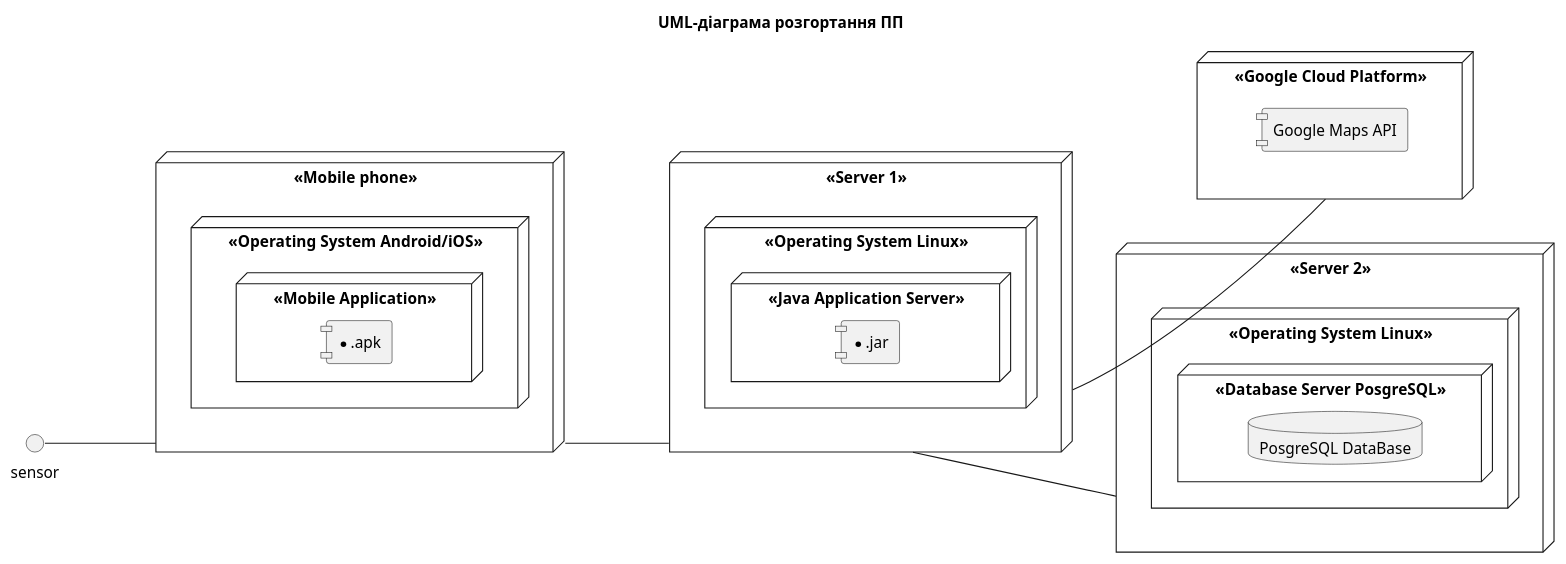
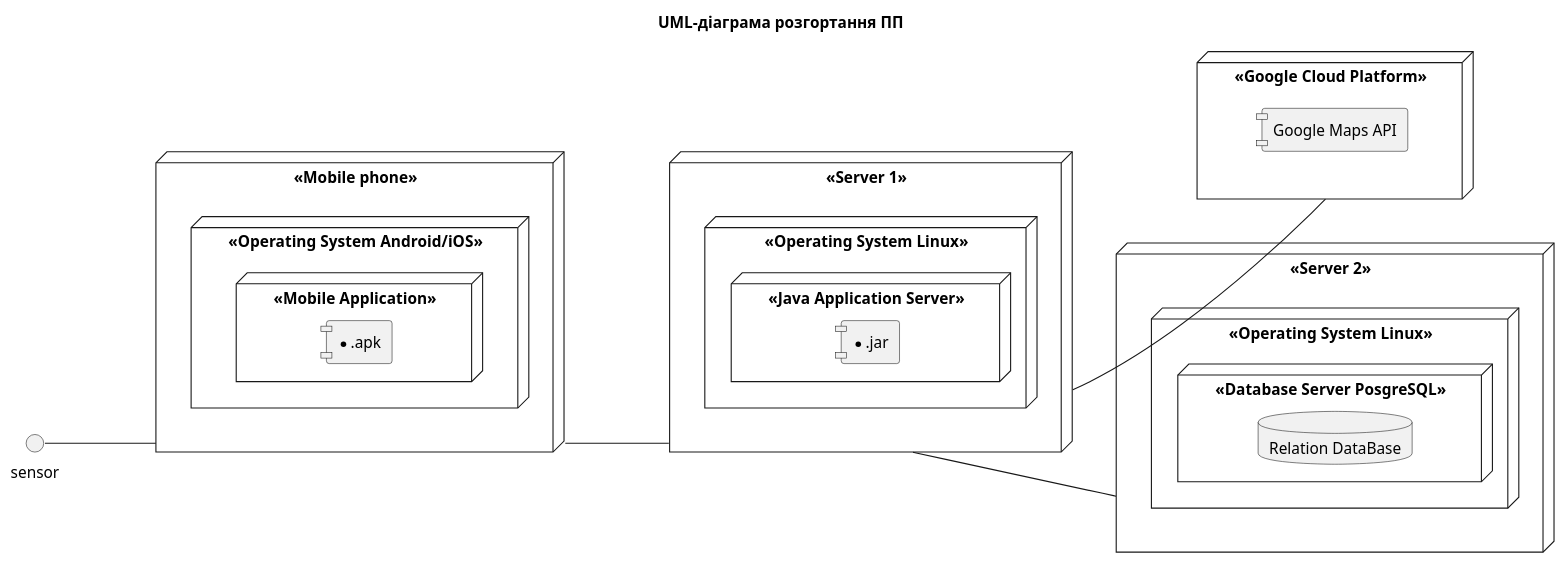
One commit to OS-IS/ai201-sirenko changed the diagram in Laboratory-work-2/UML-Deployment.puml. Above: the diagram before and after it, drawn with PlantUML.

Commit message:
Update deployment view

```diff
--- a/Laboratory-work-2/UML-Deployment.puml
+++ b/Laboratory-work-2/UML-Deployment.puml
@@ -1,48 +1,48 @@
 @startuml
 
 title UML-діаграма розгортання ПП
 
 left to right direction
 
 skinparam componentStyle uml1
 
 node "<<Mobile phone>>" as mp {
     node "<<Operating System Android/iOS>>" {
         node "<<Mobile Application>>" {
             component [*.apk]
         }
     }
 }
 
 interface sensor
 
 sensor -- mp
 
 node "<<Server 1>>" as serv1 {
 	node "<<Operating System Linux>>" as l1 {
 	    node "<<Java Application Server>>" {
 		    component [*.jar]
 		}
 	}
 }
 
 mp -- serv1
 
 node "<<Google Cloud Platform>>" as serv2 {
 	   component [Google Maps API]
 
 }
 
 
 node "<<Server 2>>" as serv3 {
 	  node "<<Operating System Linux>>" {
 	     node "<<Database Server PosgreSQL>>" {
-		    database "PosgreSQL DataBase"
+		    database "Relation DataBase"
 		}
 	} 
 
 }
 
 serv1 -- serv2
 serv1 -- serv3
 @enduml
```
